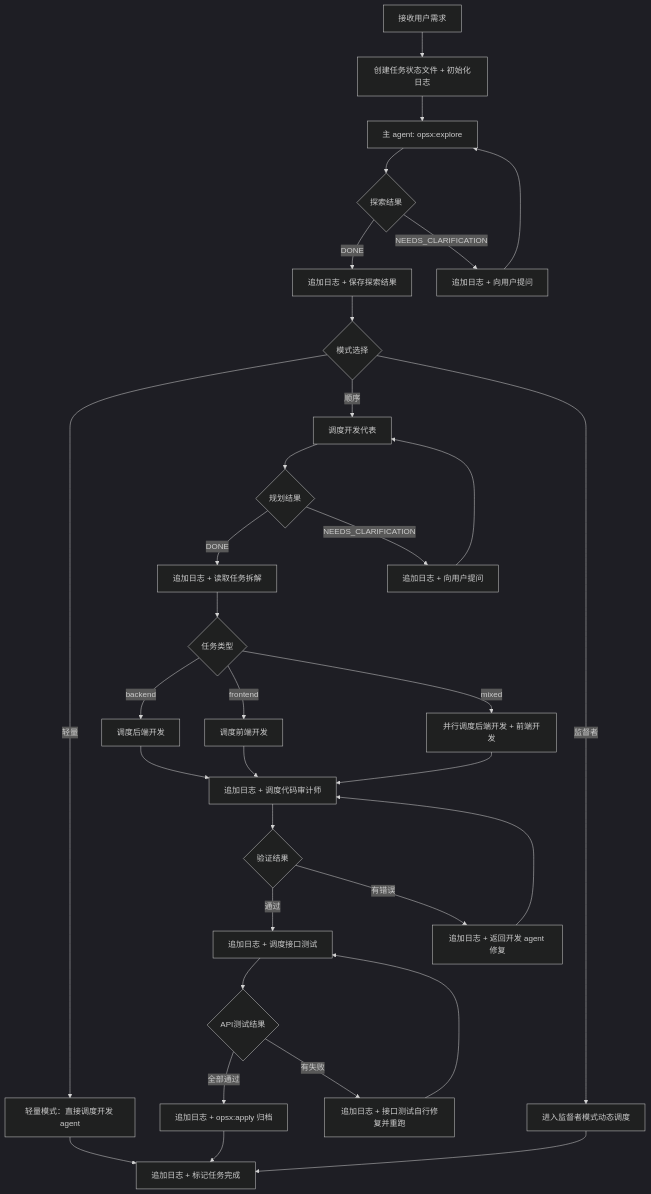
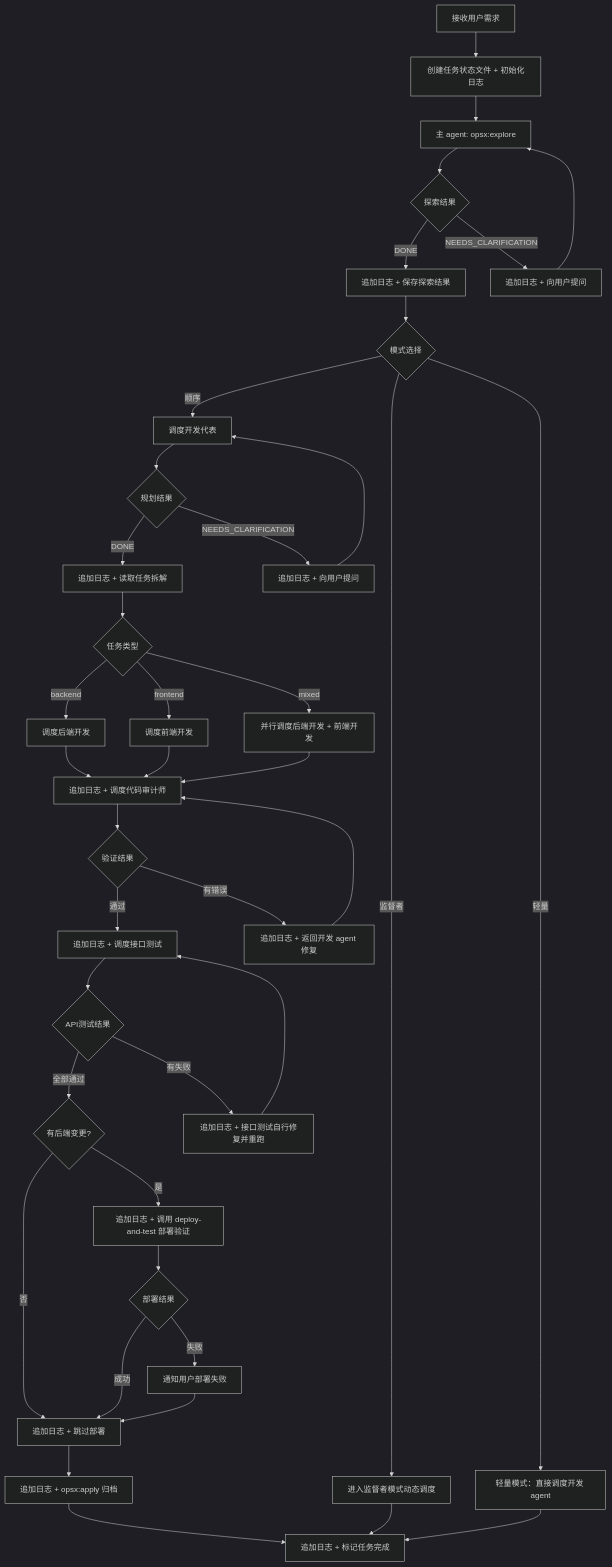
One commit to chenglp1215/hh_agent_hub changed the diagram in .claude/skills/orchestration/SKILL.md. Above: the diagram before and after it, drawn with Mermaid (dark theme). The commit also changed other lines of this file and 2 other files, not shown here.

````diff
--- a/.claude/skills/orchestration/SKILL.md
+++ b/.claude/skills/orchestration/SKILL.md
@@ -205,35 +207,42 @@
 ```mermaid
 flowchart TD
     A[接收用户需求] --> B[创建任务状态文件 + 初始化日志]
     B --> C[主 agent: opsx:explore]
     C --> D{探索结果}
     D -->|DONE| E[追加日志 + 保存探索结果]
     D -->|NEEDS_CLARIFICATION| F[追加日志 + 向用户提问]
     F --> C
     E --> M{模式选择}
     M -->|轻量| LITE[轻量模式：直接调度开发 agent]
     M -->|顺序| G[调度开发代表]
     M -->|监督者| SUP[进入监督者模式动态调度]
     G --> H{规划结果}
     H -->|DONE| I[追加日志 + 读取任务拆解]
     H -->|NEEDS_CLARIFICATION| J[追加日志 + 向用户提问]
     J --> G
     I --> K{任务类型}
     K -->|backend| L[调度后端开发]
     K -->|frontend| L2[调度前端开发]
     K -->|mixed| N[并行调度后端开发 + 前端开发]
     L --> O[追加日志 + 调度代码审计师]
     L2 --> O
     N --> O
     O --> P{验证结果}
     P -->|通过| Q[追加日志 + 调度接口测试]
     P -->|有错误| R2[追加日志 + 返回开发 agent 修复]
     R2 --> O
     Q --> P2{API测试结果}
-    P2 -->|全部通过| S2[追加日志 + opsx:apply 归档]
+    P2 -->|全部通过| DEPLOY{有后端变更?}
     P2 -->|有失败| R[追加日志 + 接口测试自行修复并重跑]
     R --> Q
-    S2 --> S[追加日志 + 标记任务完成]
+    DEPLOY -->|是| S2A[追加日志 + 调用 deploy-and-test 部署验证]
+    DEPLOY -->|否| S2B[追加日志 + 跳过部署]
+    S2A --> DEPLOY_RESULT{部署结果}
+    DEPLOY_RESULT -->|成功| S2B
+    DEPLOY_RESULT -->|失败| NOTIFY[通知用户部署失败]
+    NOTIFY --> S2B
+    S2B --> S3[追加日志 + opsx:apply 归档]
+    S3 --> S[追加日志 + 标记任务完成]
     SUP --> S
     LITE --> S
 ```
````
